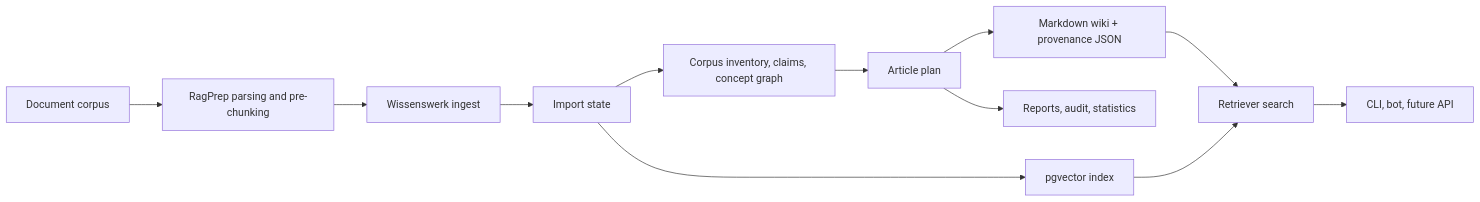
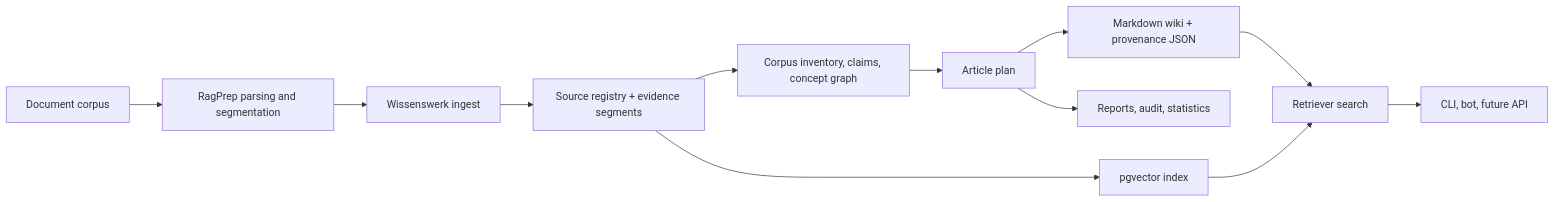
Before and after one commit to LeCorbeau/Wissenswerk: the diagram in docs/Wissenswerk/architecture.md, drawn with Mermaid. The commit also changed other lines of this file and 13 other files, not shown here.

````diff
--- a/docs/Wissenswerk/architecture.md
+++ b/docs/Wissenswerk/architecture.md
@@ -34,14 +34,14 @@
 ```mermaid
 flowchart LR
-  A["Document corpus"] --> B["RagPrep parsing and pre-chunking"]
+  A["Document corpus"] --> B["RagPrep parsing and segmentation"]
   B --> C["Wissenswerk ingest"]
-  C --> D["Import state"]
+  C --> D["Source registry + evidence segments"]
   D --> E["Corpus inventory, claims, concept graph"]
   E --> F["Article plan"]
   F --> G["Markdown wiki + provenance JSON"]
   D --> H["pgvector index"]
   G --> I["Retriever search"]
   H --> I
   I --> J["CLI, bot, future API"]
   F --> K["Reports, audit, statistics"]
 ```
````
